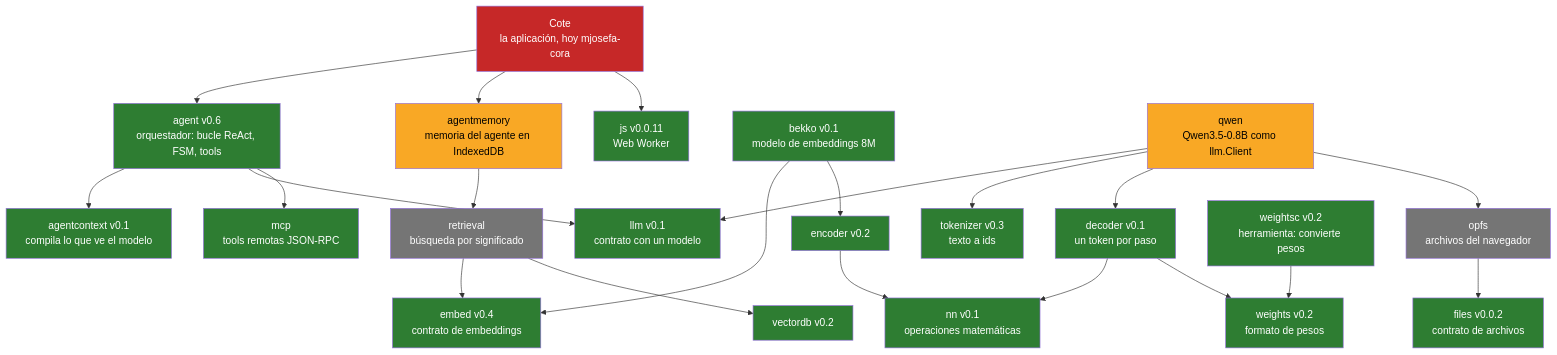
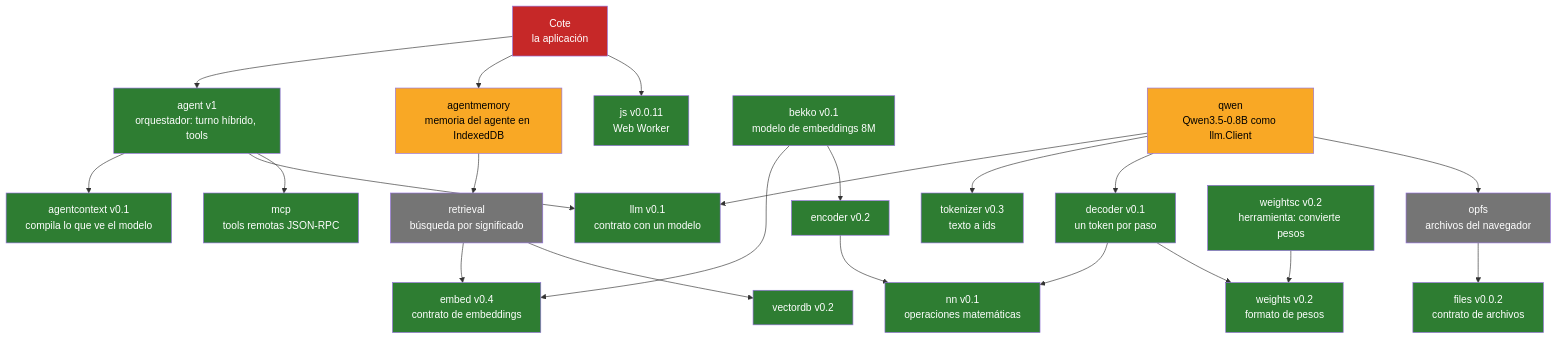
Before and after one commit to webtyp/agent: the second of 6 diagrams in docs/diagrams/ECOSYSTEM_MAP.md, drawn with Mermaid. The commit also changed other lines of this file and 15 other files, not shown here.

First line of the commit message:
fix: review of the hybrid agent — MCP tools return their text, tests isolated

````diff
--- a/docs/diagrams/ECOSYSTEM_MAP.md
+++ b/docs/diagrams/ECOSYSTEM_MAP.md
@@ -44,31 +44,31 @@
 ```mermaid
 flowchart TD
-    APP[Cote<br/>la aplicación, hoy mjosefa-cora] --> AGENT[agent v0.6<br/>orquestador: bucle ReAct, FSM, tools]
+    APP[Cote<br/>la aplicación] --> AGENT[agent v1<br/>orquestador: turno híbrido, tools]
     APP --> AM[agentmemory<br/>memoria del agente en IndexedDB]
     APP --> JS[js v0.0.11<br/>Web Worker]
     AGENT --> AC[agentcontext v0.1<br/>compila lo que ve el modelo]
     AGENT --> LLM[llm v0.1<br/>contrato con un modelo]
     AGENT --> MCP[mcp<br/>tools remotas JSON-RPC]
     AM --> RET[retrieval<br/>búsqueda por significado]
     RET --> EMB[embed v0.4<br/>contrato de embeddings]
     RET --> VDB[vectordb v0.2]
     BEKKO[bekko v0.1<br/>modelo de embeddings 8M] --> EMB
     BEKKO --> ENC[encoder v0.2]
     QWEN[qwen<br/>Qwen3.5-0.8B como llm.Client] --> LLM
     QWEN --> TOK[tokenizer v0.3<br/>texto a ids]
     QWEN --> DEC[decoder v0.1<br/>un token por paso]
     DEC --> NN[nn v0.1<br/>operaciones matemáticas]
     ENC --> NN
     DEC --> W[weights v0.2<br/>formato de pesos]
     QWEN --> OPFS[opfs<br/>archivos del navegador]
     OPFS --> FILES[files v0.0.2<br/>contrato de archivos]
     WC[weightsc v0.2<br/>herramienta: convierte pesos] --> W
     classDef done fill:#2e7d32,color:#fff
     classDef plan fill:#f9a825,color:#000
     classDef docs fill:#757575,color:#fff
     classDef stale fill:#c62828,color:#fff
     class AGENT,AC,LLM,MCP,EMB,VDB,BEKKO,ENC,TOK,DEC,NN,W,FILES,WC,JS done
     class AM,QWEN plan
     class RET,OPFS docs
     class APP stale
 ```
````
